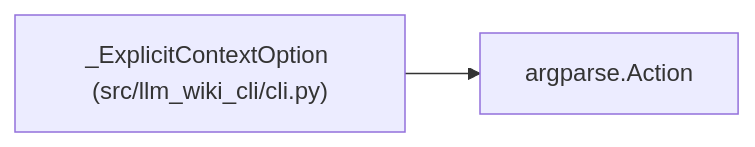
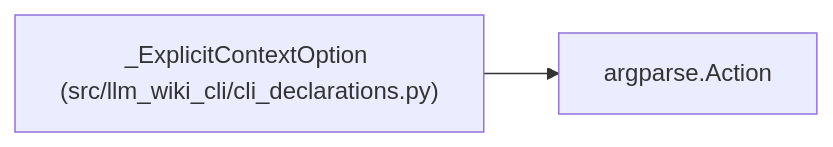
One commit to Denissvgn/python-wiki-llm changed the diagram in docs/llm_wiki/entities/ExplicitContextOption.md. Above: the diagram before and after it, drawn with Mermaid. The commit also changed other lines of this file and 1555 other files, not shown here.

````diff
--- a/docs/llm_wiki/entities/ExplicitContextOption.md
+++ b/docs/llm_wiki/entities/ExplicitContextOption.md
@@ -25,7 +25,7 @@
 ```mermaid
 flowchart LR
-    n0["_ExplicitContextOption (src/llm_wiki_cli/cli.py)"]
+    n0["_ExplicitContextOption (src/llm_wiki_cli/cli_declarations.py)"]
     n1["argparse.Action"]
     n0 --> n1
-    click n0 "../modules/cli.md"
+    click n0 "../modules/cli_declarations.md"
 ```
````
